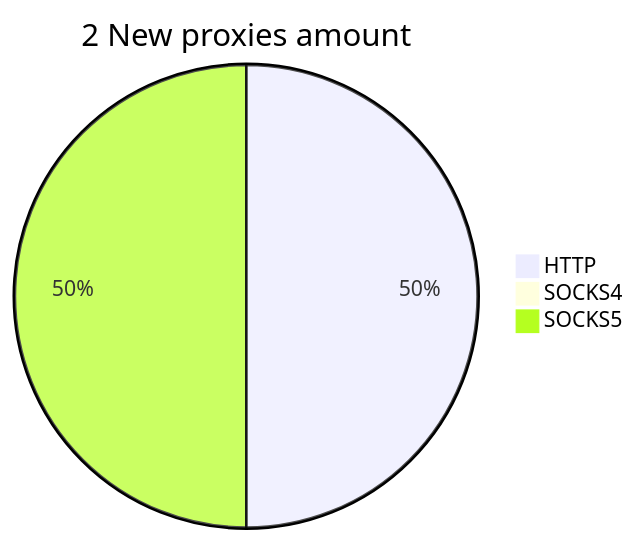
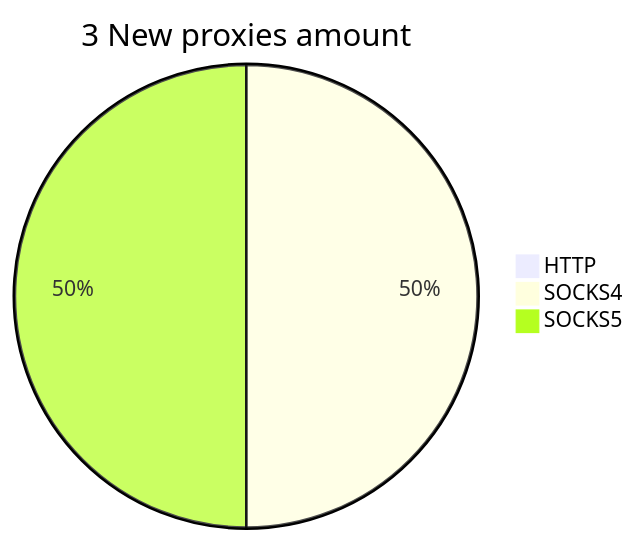
Before and after one commit to cutipu/proxylist: the second of 2 diagrams in README.md, drawn with Mermaid. The commit also changed other lines of this file, not shown here.

````diff
--- a/README.md
+++ b/README.md
@@ -10,6 +10,6 @@
 ```mermaid
-pie title 2 New proxies amount
-    "HTTP" : 1
-    "SOCKS4" : 0
-    "SOCKS5" : 1
+pie title 3 New proxies amount
+    "HTTP" : 0
+    "SOCKS4" : 2
+    "SOCKS5" : 2
 ```
````
